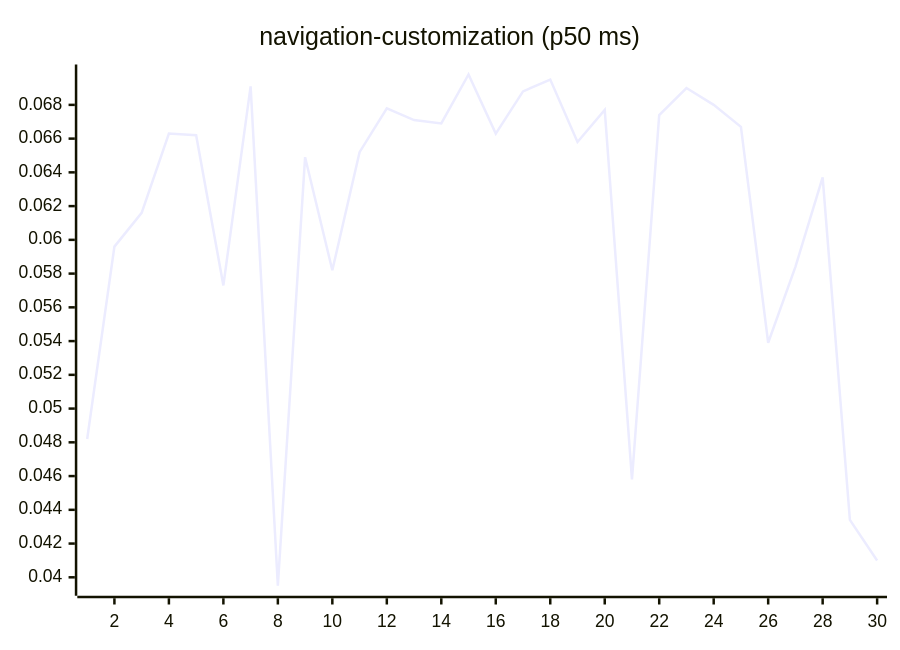
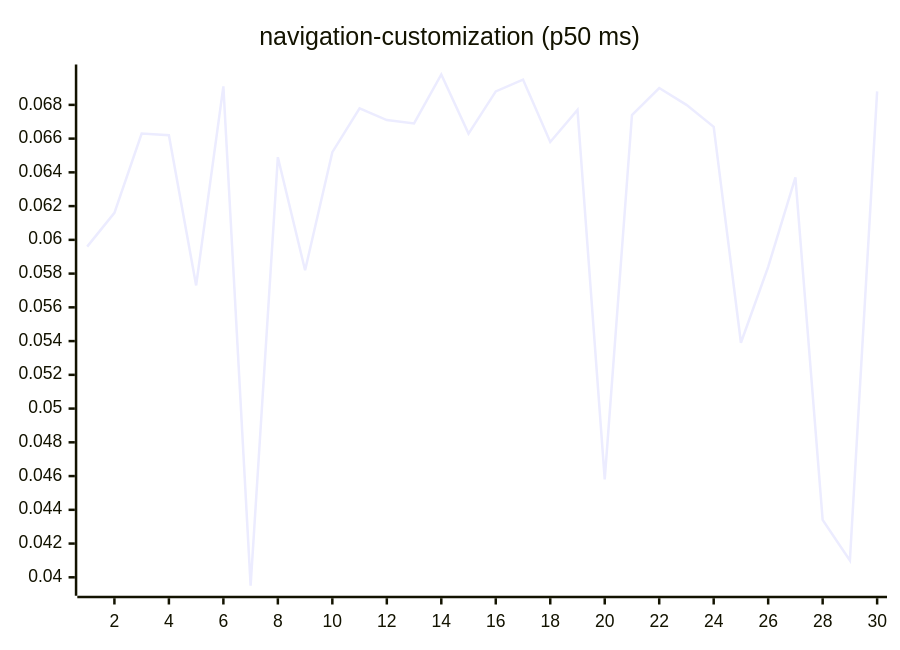
Before and after one commit to josha/Facet: diagram 15 of 27 in README.md, drawn with Mermaid. The commit also changed other lines of this file and 2 other files, not shown here.

````diff
--- a/README.md
+++ b/README.md
@@ -161,6 +161,6 @@
 ```mermaid
 xychart-beta
     title "navigation-customization (p50 ms)"
     x-axis 1 --> 30
-    line [0.0482, 0.0596, 0.0616, 0.0663, 0.0662, 0.0573, 0.0691, 0.0395, 0.0649, 0.0582, 0.0652, 0.0678, 0.0671, 0.0669, 0.0698, 0.0663, 0.0688, 0.0695, 0.0658, 0.0677, 0.0458, 0.0674, 0.0690, 0.0680, 0.0667, 0.0539, 0.0584, 0.0637, 0.0434, 0.0410]
+    line [0.0596, 0.0616, 0.0663, 0.0662, 0.0573, 0.0691, 0.0395, 0.0649, 0.0582, 0.0652, 0.0678, 0.0671, 0.0669, 0.0698, 0.0663, 0.0688, 0.0695, 0.0658, 0.0677, 0.0458, 0.0674, 0.0690, 0.0680, 0.0667, 0.0539, 0.0584, 0.0637, 0.0434, 0.0410, 0.0688]
 ```
````
